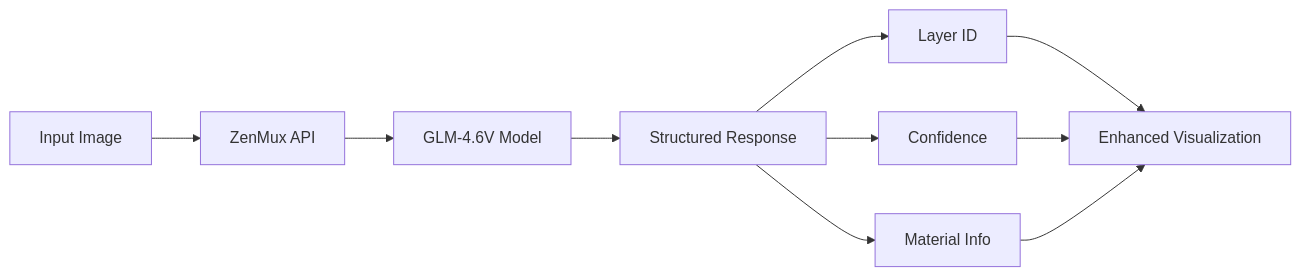
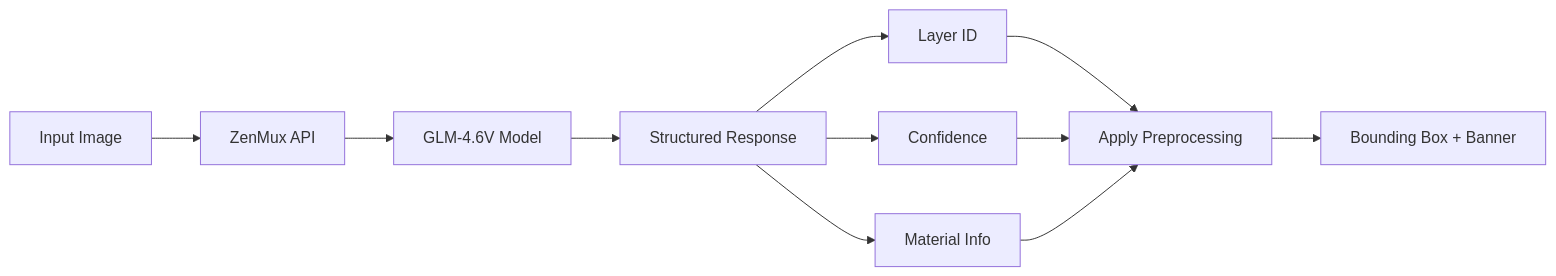
Before and after one commit to YoRzHe-HotaaRu/CSC566-Mini-Project-ClaRity: the fourth of 5 diagrams in REPORT.md, drawn with Mermaid. The commit also changed other lines of this file and 1 other file, not shown here.

````diff
--- a/REPORT.md
+++ b/REPORT.md
@@ -169,10 +205,11 @@
 ```mermaid
 flowchart LR
     A[Input Image] --> B[ZenMux API]
     B --> C[GLM-4.6V Model]
     C --> D[Structured Response]
     D --> E[Layer ID]
     D --> F[Confidence]
     D --> G[Material Info]
-    E & F & G --> H[Enhanced Visualization]
+    E & F & G --> H[Apply Preprocessing]
+    H --> I[Bounding Box + Banner]
 ```
````
